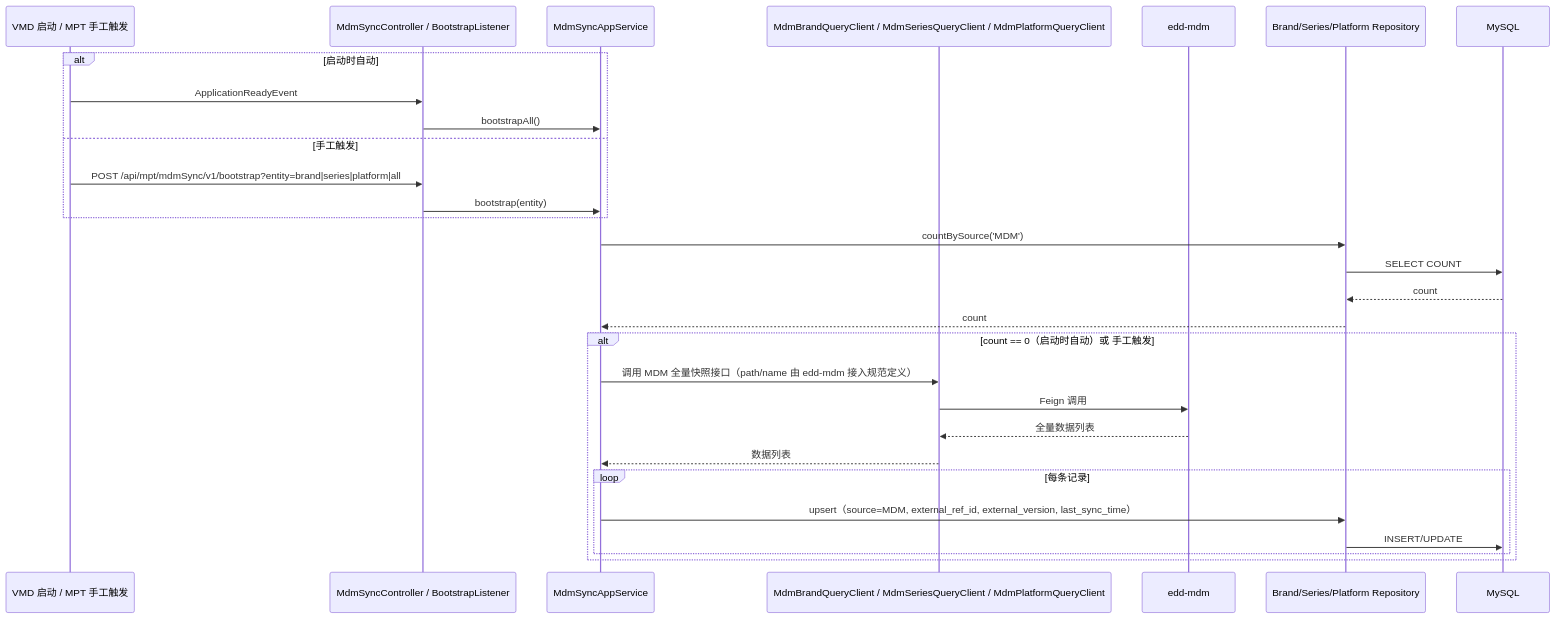
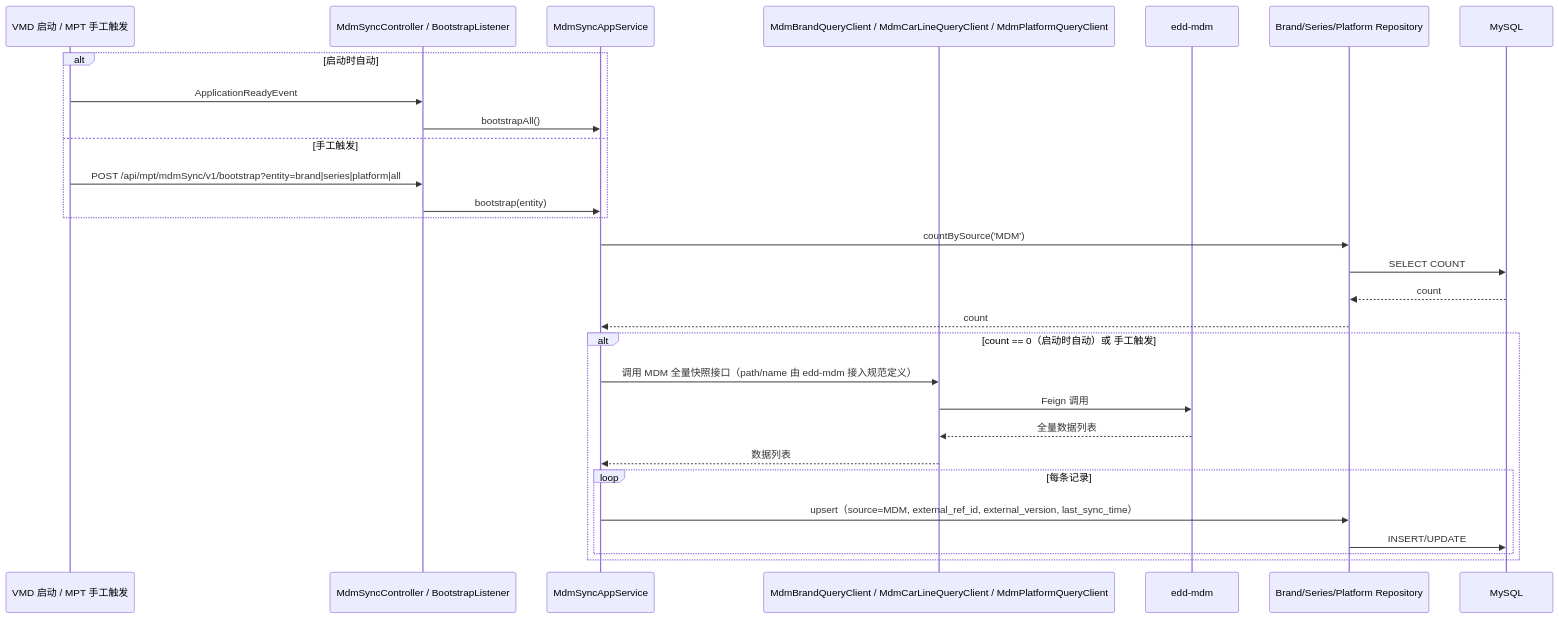
Before and after one commit to hwyzleo/iov-cloud-edd-vmd: diagram 11 of 11 in specs/vehicle-master-data-platform/design.md, drawn with Mermaid. The commit also changed other lines of this file and 2 other files, not shown here.

Commit message:
refactor: rename MdmSeriesQueryClient to MdmCarLineQueryClient

````diff
--- a/specs/vehicle-master-data-platform/design.md
+++ b/specs/vehicle-master-data-platform/design.md
@@ -472,32 +472,32 @@
 ```mermaid
 sequenceDiagram
     participant VMD as VMD 启动 / MPT 手工触发
     participant C as MdmSyncController / BootstrapListener
     participant A as MdmSyncAppService
-    participant FC as MdmBrandQueryClient / MdmSeriesQueryClient / MdmPlatformQueryClient
+    participant FC as MdmBrandQueryClient / MdmCarLineQueryClient / MdmPlatformQueryClient
     participant MDM as edd-mdm
     participant R as Brand/Series/Platform Repository
     participant DB as MySQL
 
     alt 启动时自动
         VMD->>C: ApplicationReadyEvent
         C->>A: bootstrapAll()
     else 手工触发
         VMD->>C: POST /api/mpt/mdmSync/v1/bootstrap?entity=brand|series|platform|all
         C->>A: bootstrap(entity)
     end
     A->>R: countBySource('MDM')
     R->>DB: SELECT COUNT
     DB-->>R: count
     R-->>A: count
     alt count == 0（启动时自动）或 手工触发
         A->>FC: 调用 MDM 全量快照接口（path/name 由 edd-mdm 接入规范定义）
         FC->>MDM: Feign 调用
         MDM-->>FC: 全量数据列表
         FC-->>A: 数据列表
         loop 每条记录
             A->>R: upsert（source=MDM, external_ref_id, external_version, last_sync_time）
             R->>DB: INSERT/UPDATE
         end
     end
 ```
````
